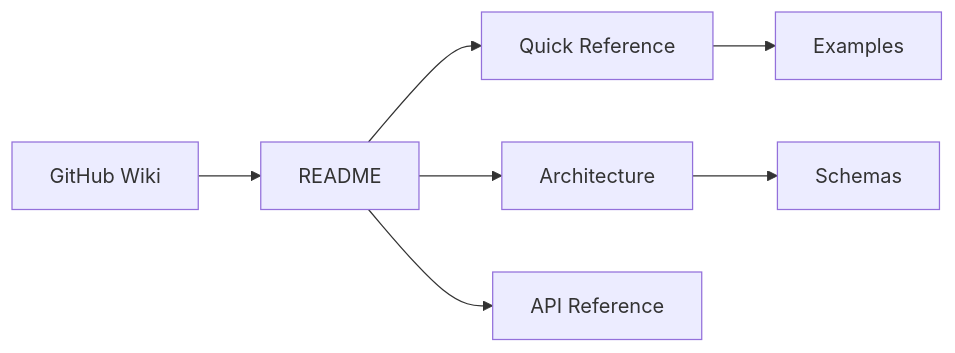
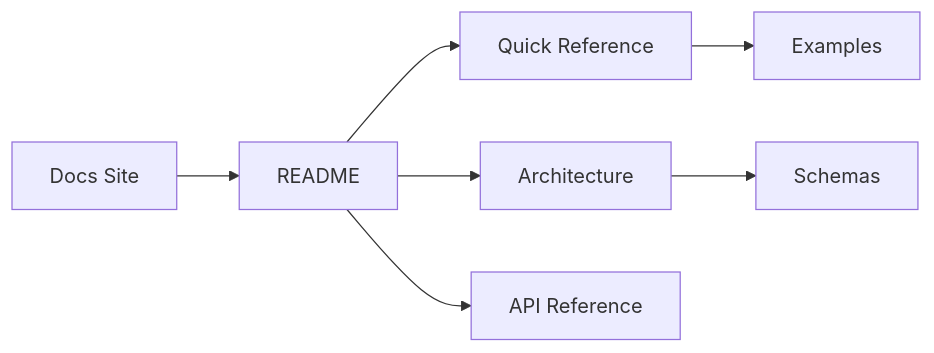
Before and after one commit to dr-gareth-roberts/insideLLMs: the diagram in DOCUMENTATION_INDEX.md, drawn with Mermaid. The commit also changed other lines of this file and 5 other files, not shown here.

````diff
--- a/DOCUMENTATION_INDEX.md
+++ b/DOCUMENTATION_INDEX.md
@@ -7,9 +8,9 @@
 ```mermaid
 flowchart LR
-  W[GitHub Wiki] --> R[README]
+  W[Docs Site] --> R[README]
   R --> Q[Quick Reference]
   R --> A[Architecture]
   R --> API[API Reference]
   Q --> Examples[Examples]
   A --> Schemas[Schemas]
 ```
````
